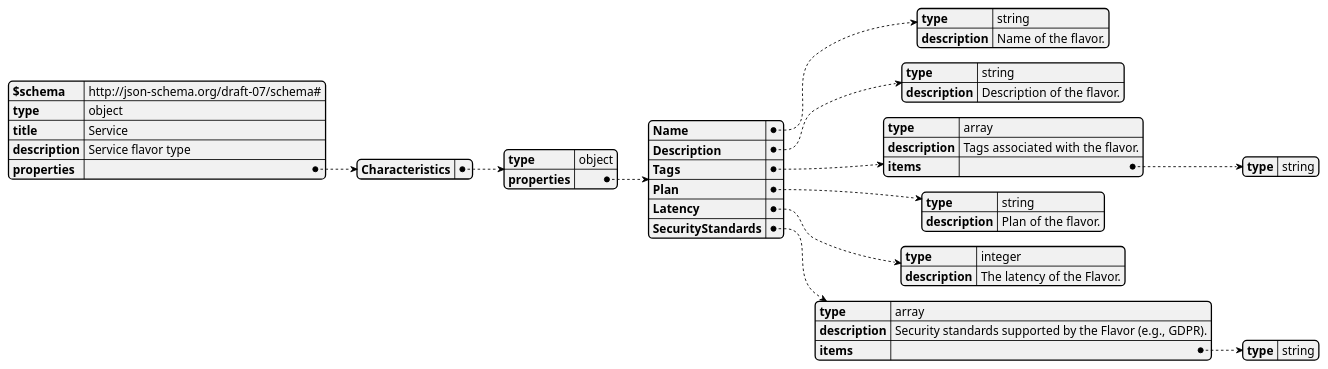
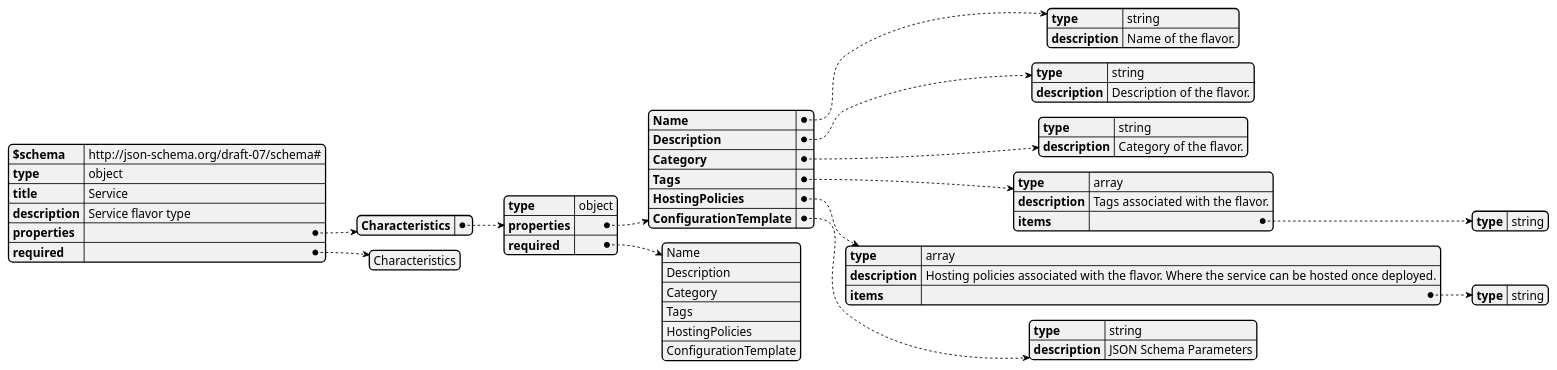
One commit to fluidos-project/REAR-data-models changed the diagram in puml/models/schemas/flavor-types/service.puml. Above: the diagram before and after it, drawn with PlantUML. The commit also changed 39 other files, not shown here.

```diff
--- a/puml/models/schemas/flavor-types/service.puml
+++ b/puml/models/schemas/flavor-types/service.puml
@@ -1,45 +1,56 @@
 @startjson
 {
     "$schema": "http://json-schema.org/draft-07/schema#",
     "type": "object",
     "title": "Service",
     "description": "Service flavor type",
     "properties": {
         "Characteristics": {
             "type": "object",
             "properties": {
                 "Name": {
                     "type": "string",
                     "description": "Name of the flavor."
                 },
                 "Description": {
                     "type": "string",
                     "description": "Description of the flavor."
                 },
+                "Category": {
+                    "type": "string",
+                    "description": "Category of the flavor."
+                },
                 "Tags": {
                     "type": "array",
                     "description": "Tags associated with the flavor.",
                     "items": {
                         "type": "string"
                     }
                 },
-                "Plan": {
-                    "type": "string",
-                    "description": "Plan of the flavor."
-                },
-                "Latency": {
-                    "type": "integer",
-                    "description": "The latency of the Flavor."
-                },
-                "SecurityStandards": {
+                "HostingPolicies": {
                     "type": "array",
-                    "description": "Security standards supported by the Flavor (e.g., GDPR).",
+                    "description": "Hosting policies associated with the flavor. Where the service can be hosted once deployed.",
                     "items": {
                         "type": "string"
                     }
+                },
+                "ConfigurationTemplate": {
+                    "type": "string",
+                    "description": "JSON Schema Parameters"
                 }
-            }
+            },
+            "required": [
+                "Name",
+                "Description",
+                "Category",
+                "Tags",
+                "HostingPolicies",
+                "ConfigurationTemplate"
+            ]
         }
-    }
+    },
+    "required": [
+        "Characteristics"
+    ]
 }
 @endjson
```
